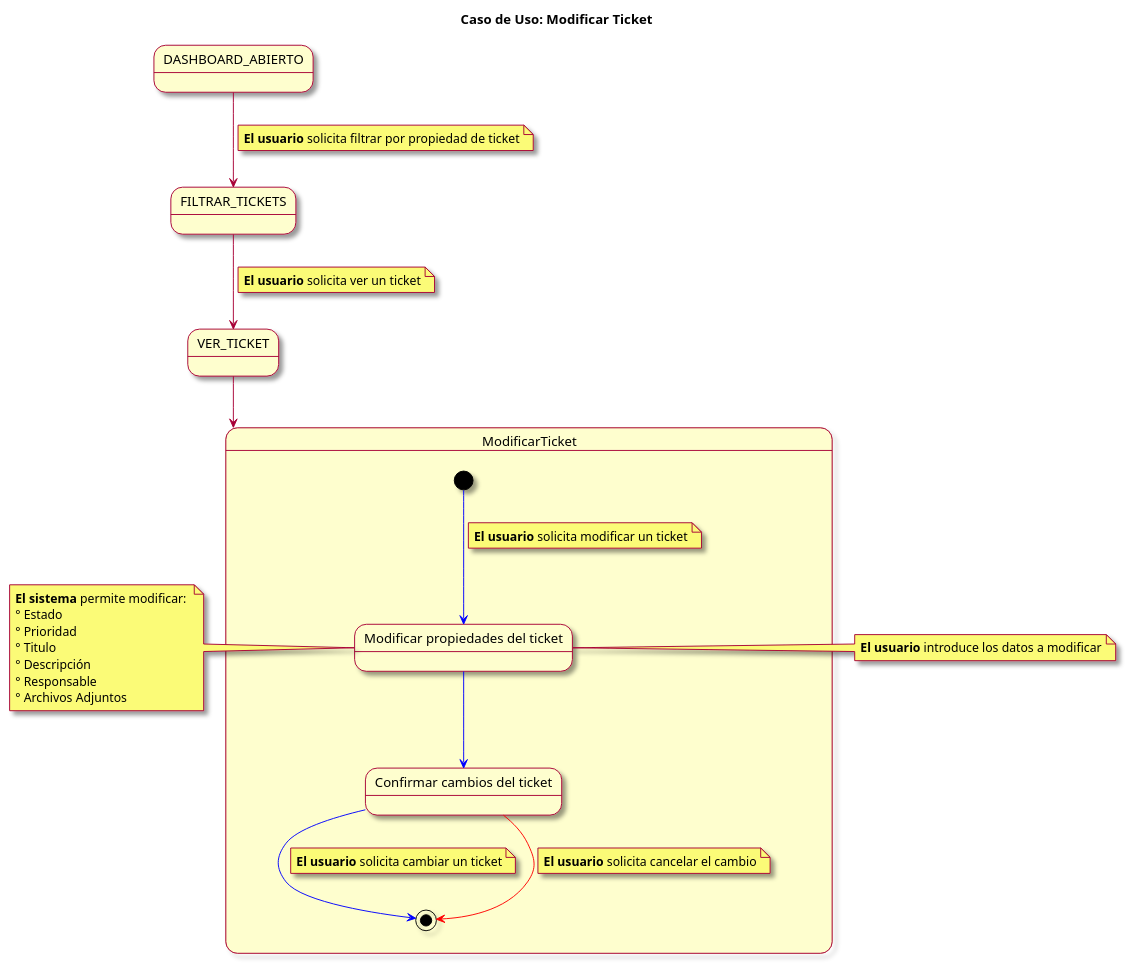
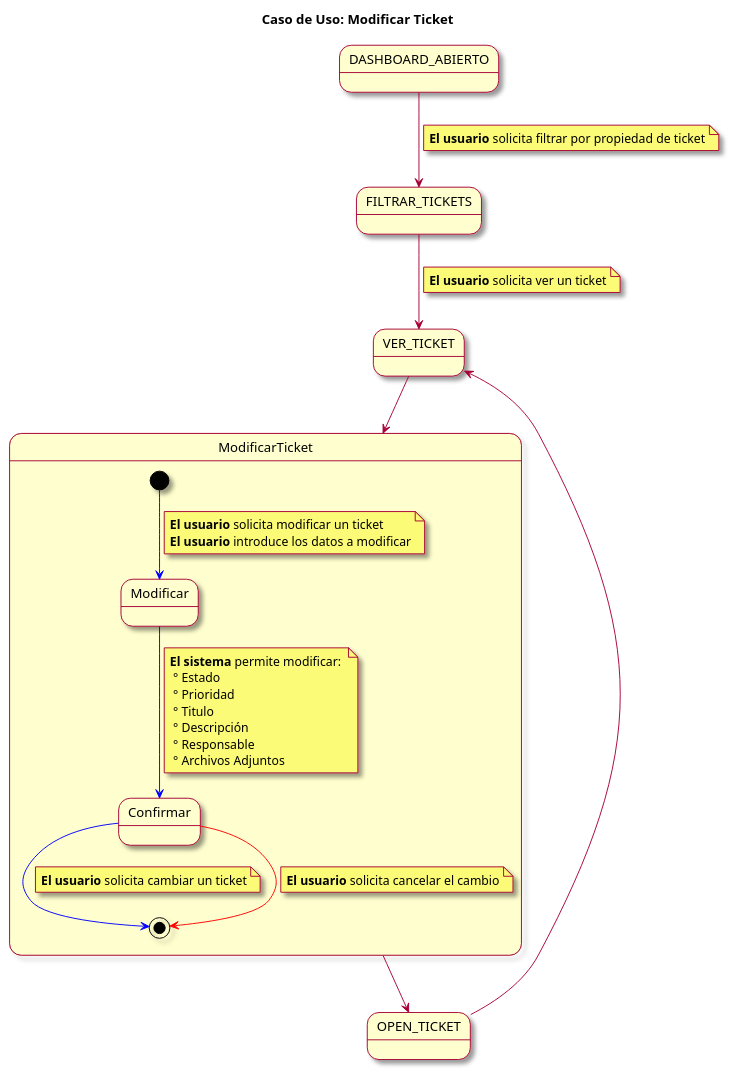
Before and after one commit to mmasias/23-24-IdSw1-SDR: the diagram in modelosUML/CasosDeUsos/CasosDetallados/ModificarTicket.puml, drawn with PlantUML.

Commit message:
cambios en ModificarTicket

```diff
--- a/modelosUML/CasosDeUsos/CasosDetallados/ModificarTicket.puml
+++ b/modelosUML/CasosDeUsos/CasosDetallados/ModificarTicket.puml
@@ -1,44 +1,45 @@
 @startuml
 skin rose
 title Caso de Uso: Modificar Ticket 
 
 state DASHBOARD_ABIERTO
 state VER_TICKET
 state FILTRAR_TICKETS
 
 DASHBOARD_ABIERTO --> FILTRAR_TICKETS
 note on link: **El usuario** solicita filtrar por propiedad de ticket
 FILTRAR_TICKETS --> VER_TICKET
 note on link: **El usuario** solicita ver un ticket
 VER_TICKET --> ModificarTicket
+ModificarTicket --> OPEN_TICKET
+OPEN_TICKET --> VER_TICKET
 
 state ModificarTicket {
 
   [*] -[#blue]-> modificarTicket
-  note on link: **El usuario** solicita modificar un ticket
-  state "Modificar propiedades del ticket" as modificarTicket
+  note on link 
+**El usuario** solicita modificar un ticket
+**El usuario** introduce los datos a modificar
+end note
+  state "Modificar" as modificarTicket
   modificarTicket -[#blue]-> confirmarCambios
-  state "Confirmar cambios del ticket" as confirmarCambios
+  state "Confirmar" as confirmarCambios
+note on link
+ **El sistema** permite modificar: 
+  ° Estado
+  ° Prioridad
+  ° Titulo
+  ° Descripción
+  ° Responsable
+  ° Archivos Adjuntos
+end note
+
   confirmarCambios -[#blue]-> [*]
   note on link: **El usuario** solicita cambiar un ticket
   confirmarCambios -[#red]-> [*]
   note on link: **El usuario** solicita cancelar el cambio
     
 }
 
 
-note left of modificarTicket
-  **El sistema** permite modificar: 
-  ° Estado
-  ° Prioridad
-  ° Titulo
-  ° Descripción
-  ° Responsable
-  ° Archivos Adjuntos
-end note
-
-note right of modificarTicket
-  **El usuario** introduce los datos a modificar
-end note
-
 @enduml
```
